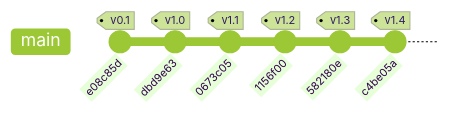
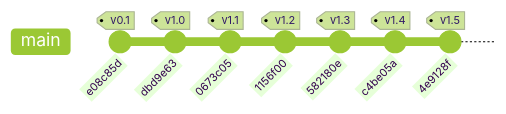
Before and after one commit to ParbonStatic/Janmashtami2026: the diagram in GEMINI.md, drawn with Mermaid (forest theme). The commit also changed other lines of this file and 3 other files, not shown here.

````diff
--- a/GEMINI.md
+++ b/GEMINI.md
@@ -24,9 +24,10 @@
 ```mermaid
 gitGraph
     commit id: "e08c85d" tag: "v0.1" msg: "Initial commit"
     commit id: "dbd9e63" tag: "v1.0" msg: "feat: initialize Krishna Janmashtami 2026 landing page"
     commit id: "0673c05" tag: "v1.1" msg: "perf: improve rendering performance"
     commit id: "1156f00" tag: "v1.2" msg: "feat: interactive matki-breaking animation"
     commit id: "582180e" tag: "v1.3" msg: "feat: 3D Z-axis swing physics for Jhula"
     commit id: "c4be05a" tag: "v1.4" msg: "style: format CSS and HTML consistency"
+    commit id: "4e9128f" tag: "v1.5" msg: "feat: add SVG favicon, Apple Touch Icon, and Open Graph metadata"
 ```
````
